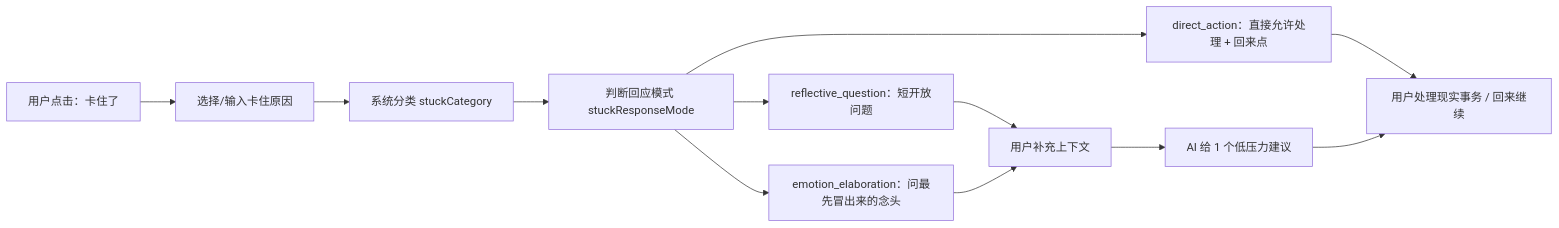
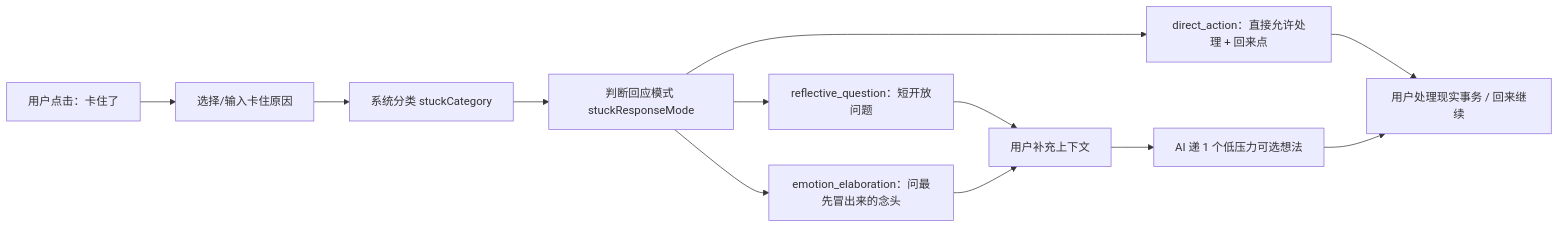
Before and after one commit to lumia-zhu/adhdplanner_windows: the diagram in docs/stuck-support-prompt.md, drawn with Mermaid. The commit also changed other lines of this file and 12 other files, not shown here.

````diff
--- a/docs/stuck-support-prompt.md
+++ b/docs/stuck-support-prompt.md
@@ -30,14 +30,14 @@
 ```mermaid
 flowchart LR
   A["用户点击：卡住了"] --> B["选择/输入卡住原因"]
   B --> C["系统分类 stuckCategory"]
   C --> D["判断回应模式 stuckResponseMode"]
   D --> E["direct_action：直接允许处理 + 回来点"]
   D --> F["reflective_question：短开放问题"]
   D --> G["emotion_elaboration：问最先冒出来的念头"]
   F --> H["用户补充上下文"]
   G --> H
-  H --> I["AI 给 1 个低压力建议"]
+  H --> I["AI 递 1 个低压力可选想法"]
   E --> J["用户处理现实事务 / 回来继续"]
   I --> J
 ```
````
